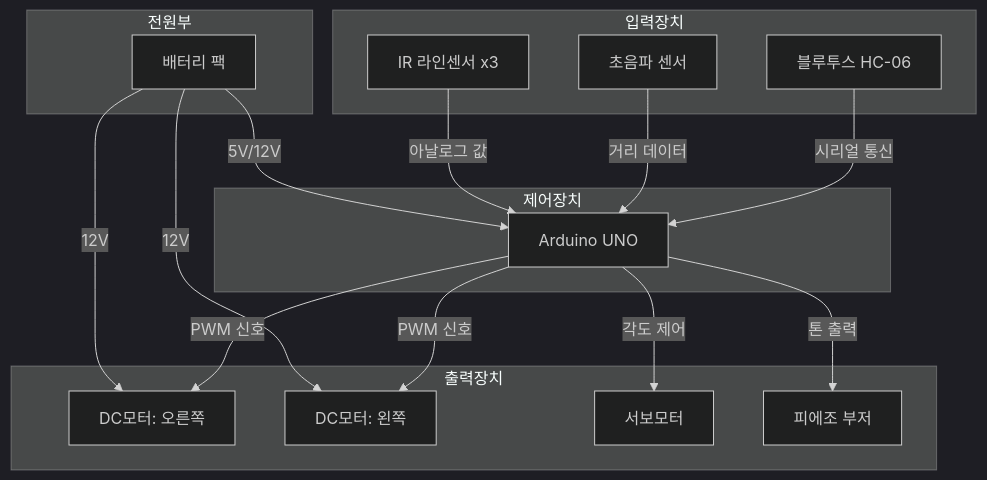
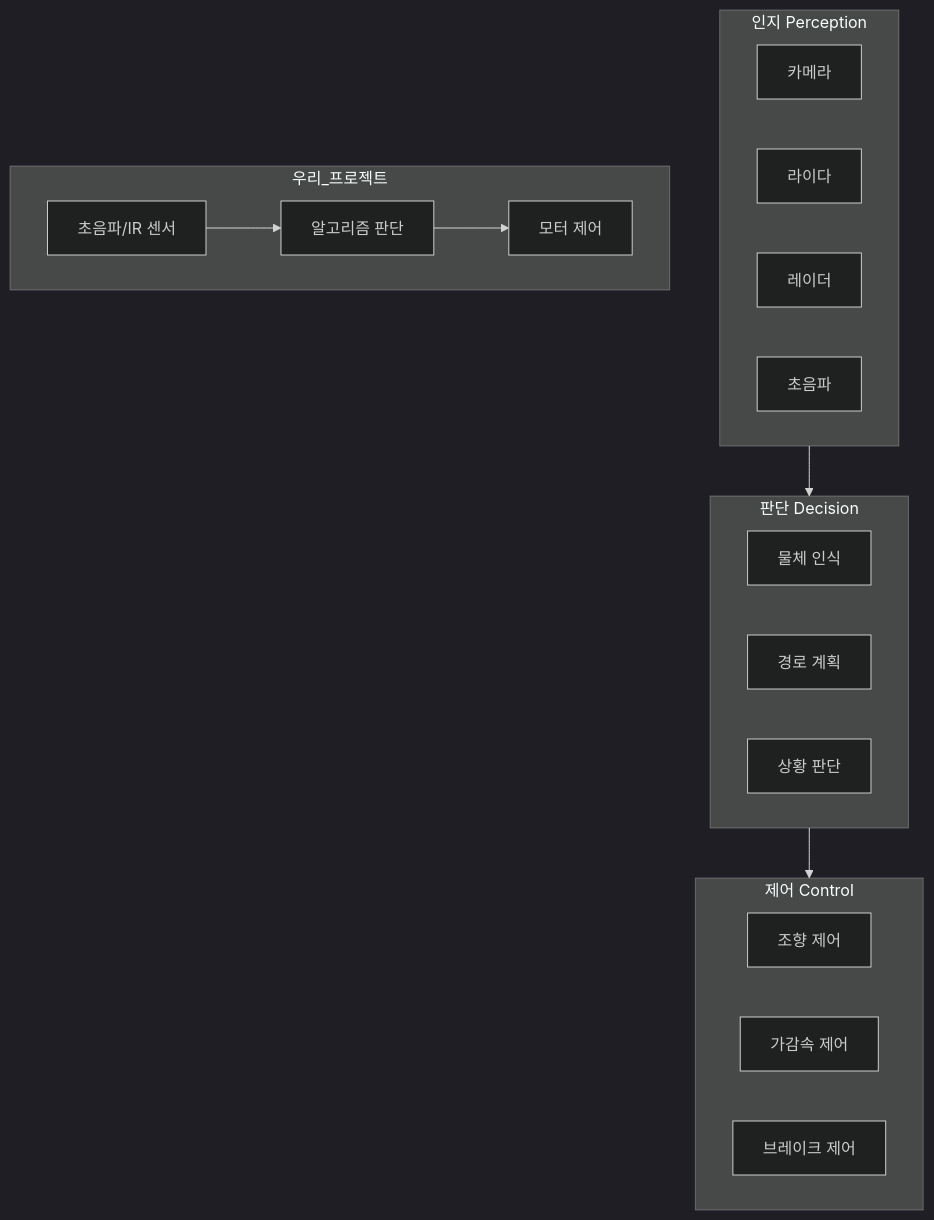
Before and after one commit to Collegenie-X/Arduino_AutoPlot: the first of 20 diagrams in document/algorithms_flowchart.md, drawn with Mermaid (dark theme). The commit also changed other lines of this file and 3 other files, not shown here.

````diff
--- a/document/algorithms_flowchart.md
+++ b/document/algorithms_flowchart.md
@@ -9,36 +9,28 @@
 ```mermaid
 flowchart TB
-    subgraph 입력장치
-        BT[블루투스 HC-06]
-        US[초음파 센서]
-        IR[IR 라인센서 x3]
+    subgraph 인지[인지 Perception]
+        A1[카메라]
+        A2[라이다]
+        A3[레이더]
+        A4[초음파]
     end
     
-    subgraph 제어장치
-        MCU[Arduino UNO]
+    subgraph 판단[판단 Decision]
+        B1[물체 인식]
+        B2[경로 계획]
+        B3[상황 판단]
     end
     
-    subgraph 출력장치
-        M1[DC모터: 오른쪽]
-        M2[DC모터: 왼쪽]
-        SV[서보모터]
-        BZ[피에조 부저]
+    subgraph 제어[제어 Control]
+        C1[조향 제어]
+        C2[가감속 제어]
+        C3[브레이크 제어]
     end
     
-    subgraph 전원부
-        BAT[배터리 팩]
+    인지 --> 판단 --> 제어
+    
+    subgraph 우리_프로젝트
+        D1[초음파/IR 센서] --> D2[알고리즘 판단]
+        D2 --> D3[모터 제어]
     end
-    
-    BT -->|시리얼 통신| MCU
-    US -->|거리 데이터| MCU
-    IR -->|아날로그 값| MCU
-    
-    MCU -->|PWM 신호| M1
-    MCU -->|PWM 신호| M2
-    MCU -->|각도 제어| SV
-    MCU -->|톤 출력| BZ
-    
-    BAT -->|5V/12V| MCU
-    BAT -->|12V| M1
-    BAT -->|12V| M2
 ```
````
